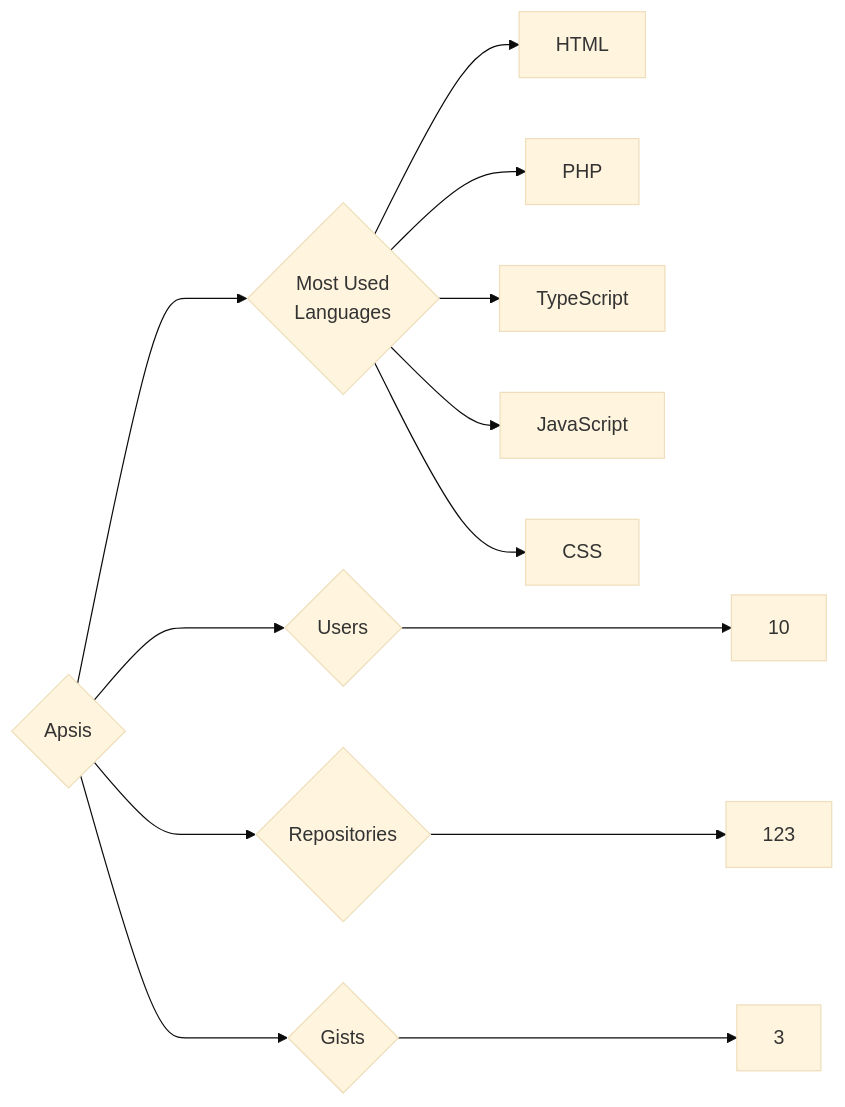
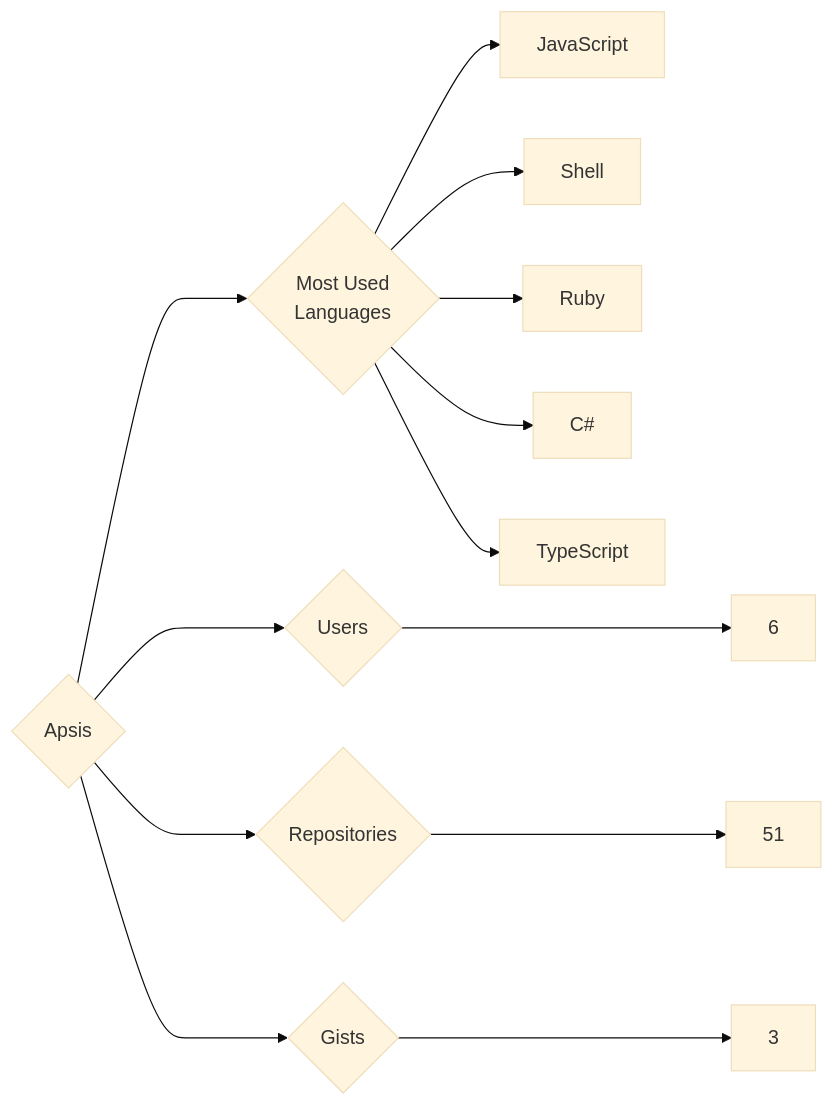
Before and after one commit to trickest/insiders: the diagram in targets/Apsis/README.md, drawn with Mermaid (base theme). The commit also changed 1141 other files, not shown here.

````diff
--- a/targets/Apsis/README.md
+++ b/targets/Apsis/README.md
@@ -3,13 +3,13 @@
 ```mermaid
 graph LR
 COMPANY_NAME{Apsis}
-COMPANY_NAME ---> U{Users} ---> UN[10]
-COMPANY_NAME ---> R{Repositories} ---> RN[123]
+COMPANY_NAME ---> U{Users} ---> UN[6]
+COMPANY_NAME ---> R{Repositories} ---> RN[51]
 COMPANY_NAME ---> G{Gists} ---> GN[3]
 COMPANY_NAME ---> ML{Most Used<br>Languages}
-ML --> HTML[HTML]
-ML --> PHP[PHP]
+ML --> JavaScript[JavaScript]
+ML --> Shell[Shell]
+ML --> Ruby[Ruby]
+ML --> C#[C#]
 ML --> TypeScript[TypeScript]
-ML --> JavaScript[JavaScript]
-ML --> CSS[CSS]
 ```
````
